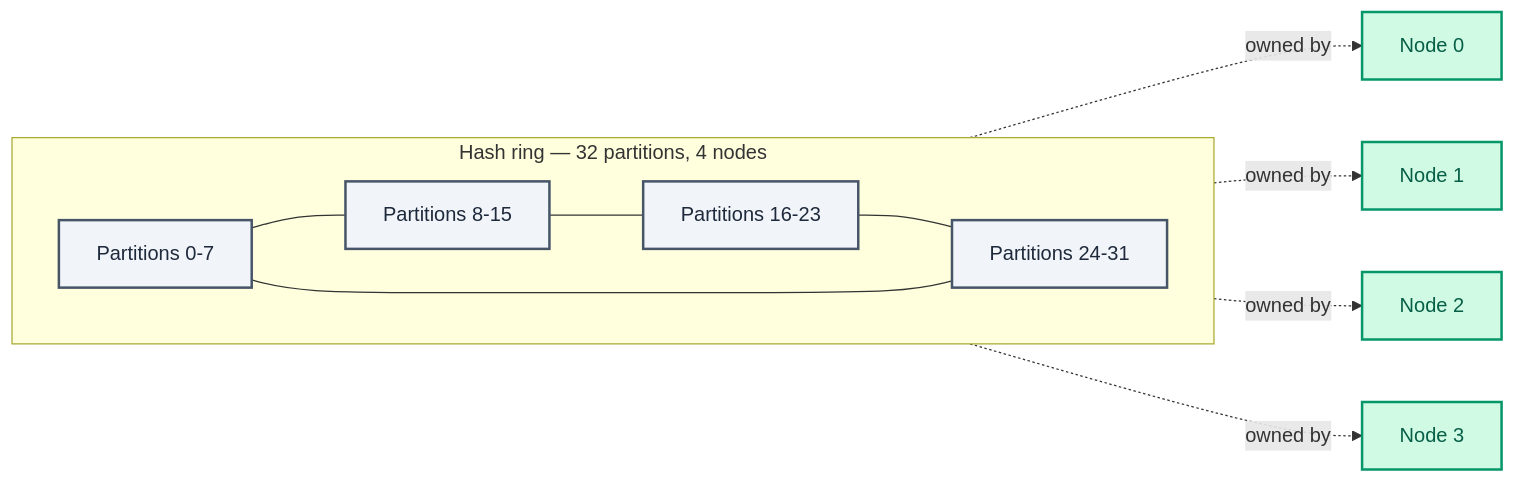
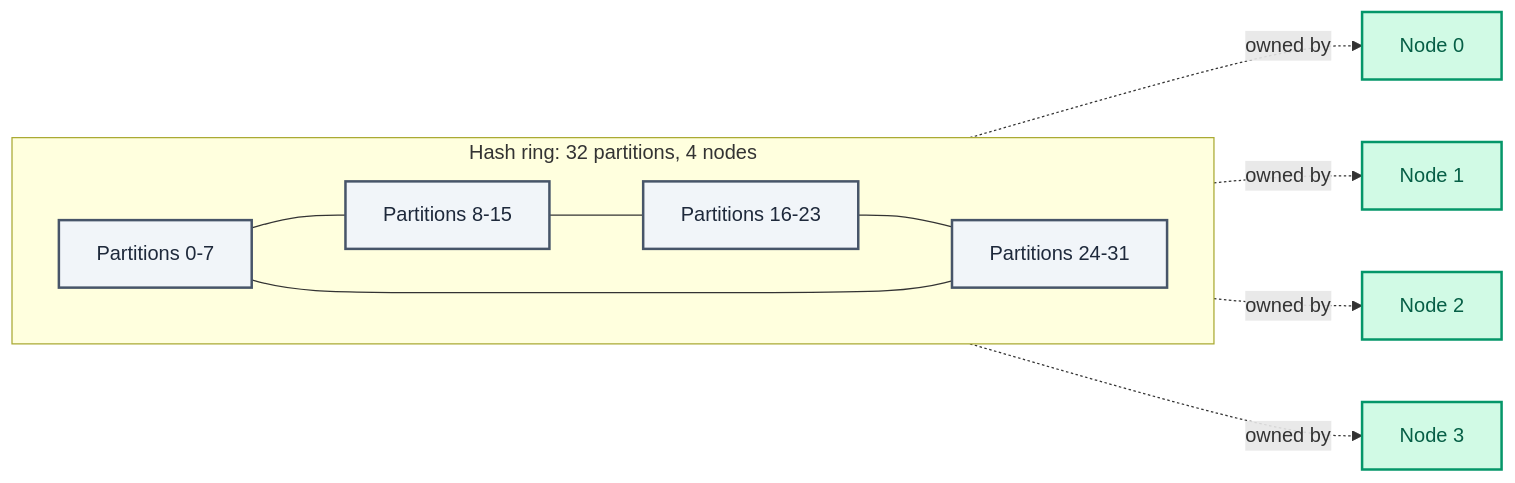
One commit to rishabh0111/rishabh0111.github.io changed the sixth of 7 diagrams in _posts/blogs/2026-10-12-system-design-databases-relational.md. Above: the diagram before and after it, drawn with Mermaid. The commit also changed other lines of this file and 42 other files, not shown here.

````diff
--- a/_posts/blogs/2026-10-12-system-design-databases-relational.md
+++ b/_posts/blogs/2026-10-12-system-design-databases-relational.md
@@ -190,15 +190,15 @@
 ```mermaid
 flowchart LR
-    subgraph Ring["Hash ring — 32 partitions, 4 nodes"]
+    subgraph Ring["Hash ring: 32 partitions, 4 nodes"]
         direction LR
         P0["Partitions 0-7"] --- P8["Partitions 8-15"] --- P16["Partitions 16-23"] --- P24["Partitions 24-31"] --- P0
     end
     P0 -.owned by.-> Node0[Node 0]
     P8 -.owned by.-> Node1[Node 1]
     P16 -.owned by.-> Node2[Node 2]
     P24 -.owned by.-> Node3[Node 3]
     classDef service fill:#D1FAE5,stroke:#059669,stroke-width:2px,color:#065F46
     classDef flow fill:#F1F5F9,stroke:#475569,stroke-width:2px,color:#1E293B
     class Node0,Node1,Node2,Node3 service
     class P0,P8,P16,P24 flow
 ```
````
